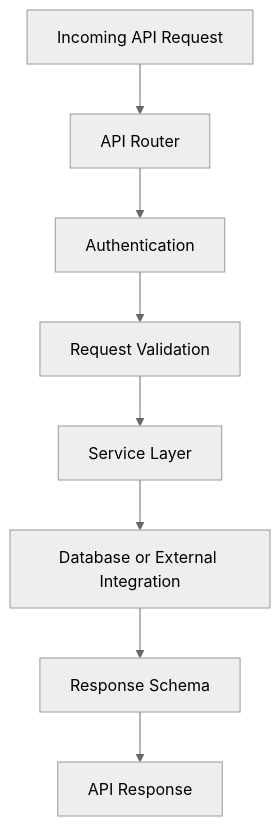
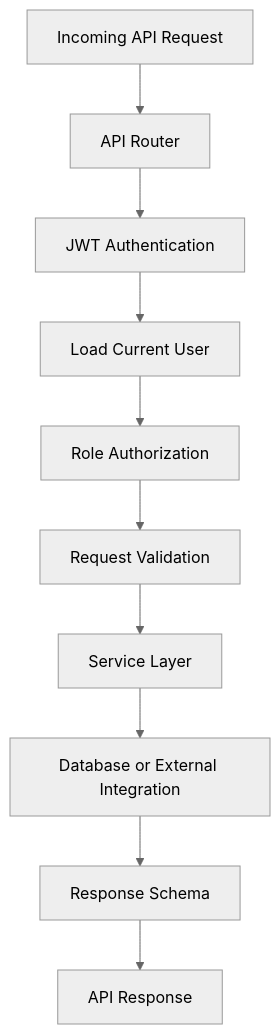
The second of 6 diagrams in docs/02-technical/SYSTEM_ARCHITECTURE.md (adiithya/investment-platform), drawn with Mermaid (neutral theme) before and after one commit. The commit also changed other lines of this file and 7 other files, not shown here.

Commit message:
Update TradePulse documentation to v1.1 with ADMIN and USER role separation

````diff
--- a/docs/02-technical/SYSTEM_ARCHITECTURE.md
+++ b/docs/02-technical/SYSTEM_ARCHITECTURE.md
@@ -121,13 +186,15 @@
 ```mermaid
 flowchart TD
     A[Incoming API Request]
     B[API Router]
-    C[Authentication]
-    D[Request Validation]
-    E[Service Layer]
-    F[Database or External Integration]
-    G[Response Schema]
-    H[API Response]
+    C[JWT Authentication]
+    D[Load Current User]
+    E[Role Authorization]
+    F[Request Validation]
+    G[Service Layer]
+    H[Database or External Integration]
+    I[Response Schema]
+    J[API Response]
 
-    A --> B --> C --> D --> E --> F --> G --> H
+    A --> B --> C --> D --> E --> F --> G --> H --> I --> J
 ```
````
